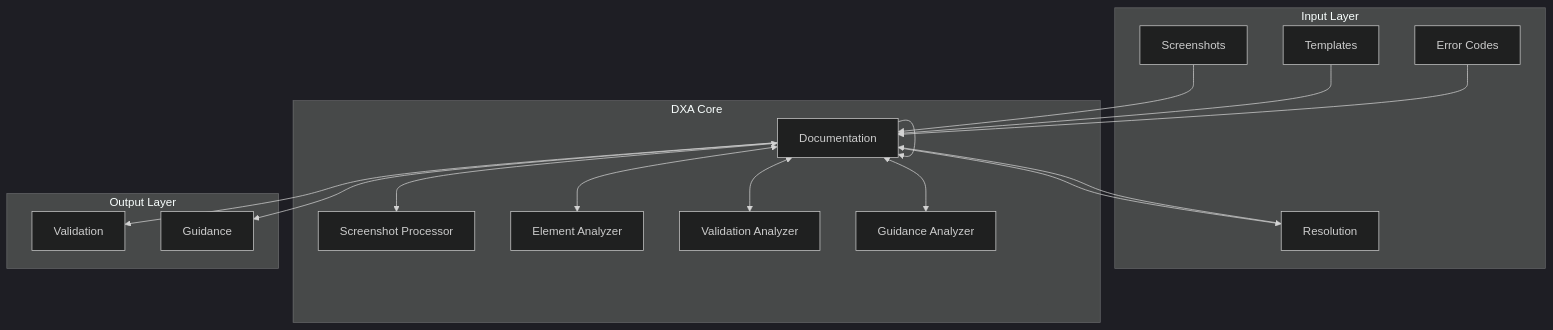
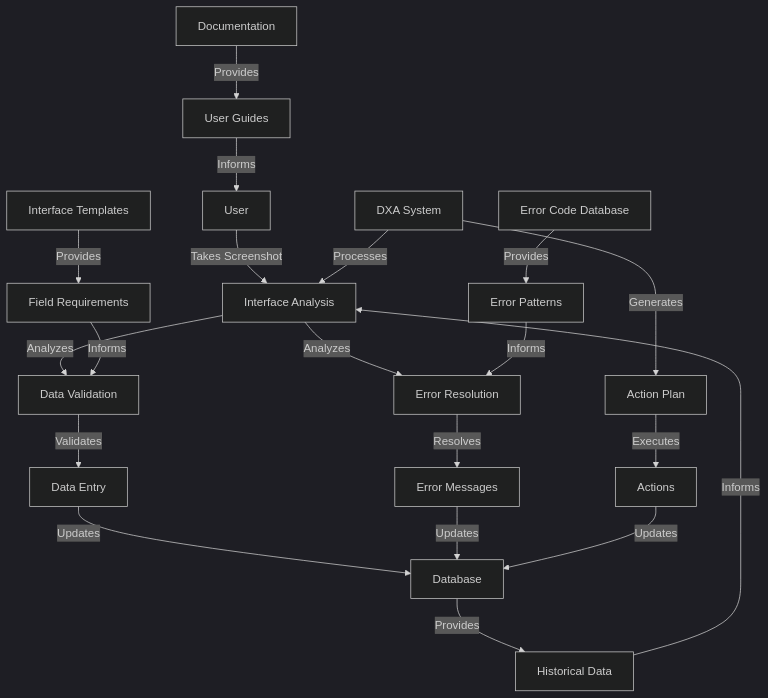
Before and after one commit to aitomatic/dana: the second of 2 diagrams in docs/requirements/ENTERPRISE-INTERFACE-GUIDE.md, drawn with Mermaid (dark theme).

Commit message:
Revise architecture diagram in ENTERPRISE-INTERFACE-GUIDE.md to reflect updated user interaction flow and system processes, enhancing clarity and understanding of the solution architecture.

````diff
--- a/docs/requirements/ENTERPRISE-INTERFACE-GUIDE.md
+++ b/docs/requirements/ENTERPRISE-INTERFACE-GUIDE.md
@@ -140,27 +140,22 @@
 ```mermaid
-graph TB
-    subgraph "Input Layer"
-        S[Screenshots]
-        T[Templates]
-        E[Error Codes]
-        R[Requirements]
-    end
-    
-    subgraph "DXA Core"
-        D[DXA System]
-        D <--> SP[Screenshot Processor]
-        D <--> EA[Element Analyzer]
-        D <--> VA[Validation Analyzer]
-        D <--> GA[Guidance Analyzer]
-    end
-    
-    subgraph "Output Layer"
-        V[Validation]
-        R[Resolution]
-        G[Guidance]
-        D[Documentation]
-    end
-
-    S & T & E & R --> D
-    D --> V & R & G & D
+graph TD
+    A[User] -->|Takes Screenshot| B[Interface Analysis]
+    B -->|Analyzes| C[Data Validation]
+    B -->|Analyzes| D[Error Resolution]
+    C -->|Validates| E[Data Entry]
+    D -->|Resolves| F[Error Messages]
+    E -->|Updates| G[Database]
+    F -->|Updates| G
+    G -->|Provides| H[Historical Data]
+    H -->|Informs| B
+    I[DXA System] -->|Processes| B
+    I -->|Generates| J[Action Plan]
+    J -->|Executes| K[Actions]
+    K -->|Updates| G
+    L[Interface Templates] -->|Provides| M[Field Requirements]
+    M -->|Informs| C
+    N[Error Code Database] -->|Provides| O[Error Patterns]
+    O -->|Informs| D
+    DOC[Documentation] -->|Provides| Q[User Guides]
+    Q -->|Informs| A
 ```
````
